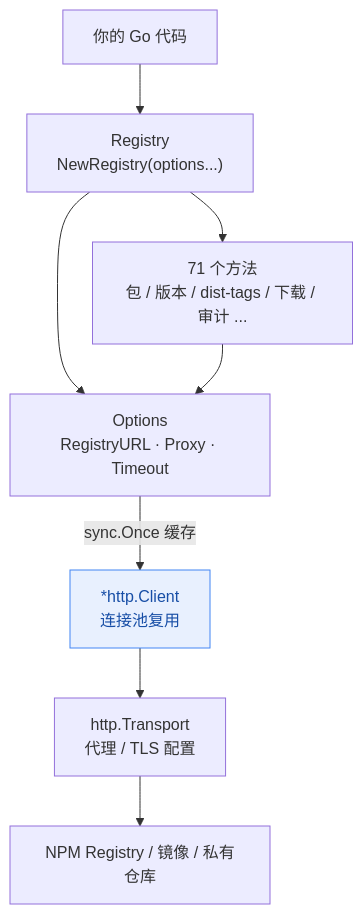
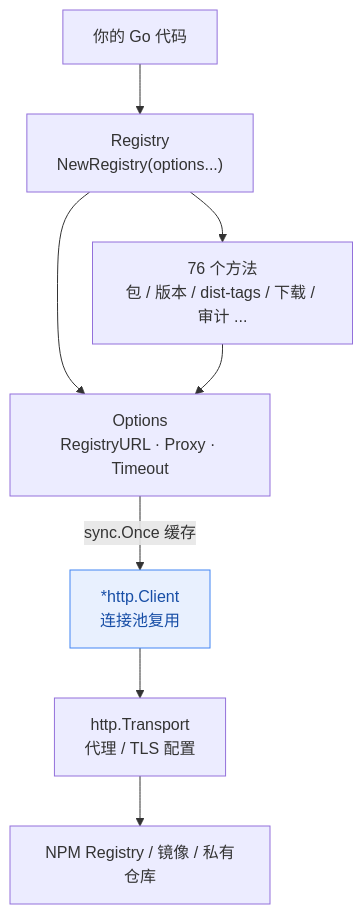
The first of 3 diagrams in website/api/registry.md (scagogogo/npm-skills), drawn with Mermaid before and after one commit. The commit also changed 6 other files, not shown here.

````diff
--- a/website/api/registry.md
+++ b/website/api/registry.md
@@ -9,14 +9,14 @@
 ```mermaid
 flowchart TB
     App["你的 Go 代码"] --> Reg["Registry<br/>NewRegistry(options...)"]
     Reg --> Opt["Options<br/>RegistryURL · Proxy · Timeout"]
     Opt -->|"sync.Once 缓存"| HC["*http.Client<br/>连接池复用"]
     HC --> TR["http.Transport<br/>代理 / TLS 配置"]
     TR --> Net["NPM Registry / 镜像 / 私有仓库"]
 
-    Reg --> Methods["71 个方法<br/>包 / 版本 / dist-tags / 下载 / 审计 ..."]
+    Reg --> Methods["76 个方法<br/>包 / 版本 / dist-tags / 下载 / 审计 ..."]
     Methods --> Opt
 
     classDef cache fill:#e8f0fe,stroke:#4285f4,color:#174ea6;
     class HC cache;
 ```
````
